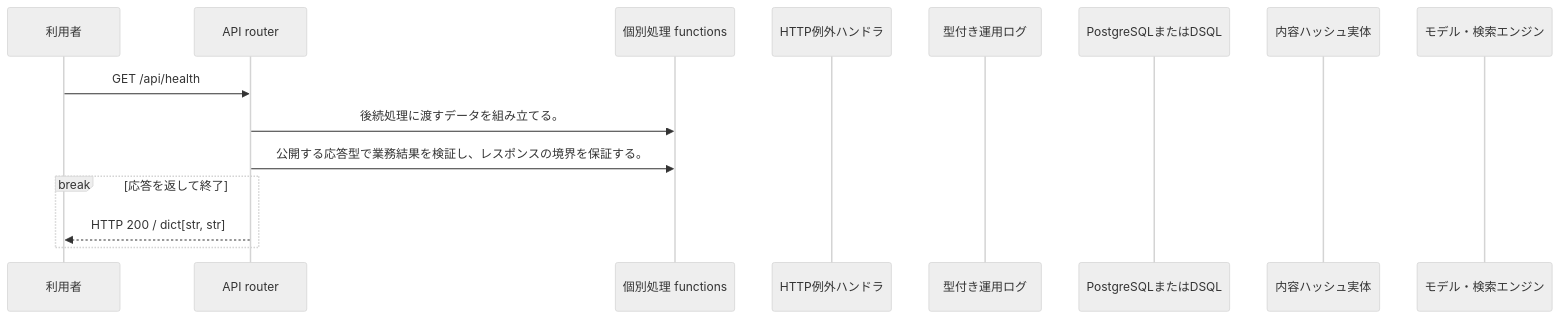
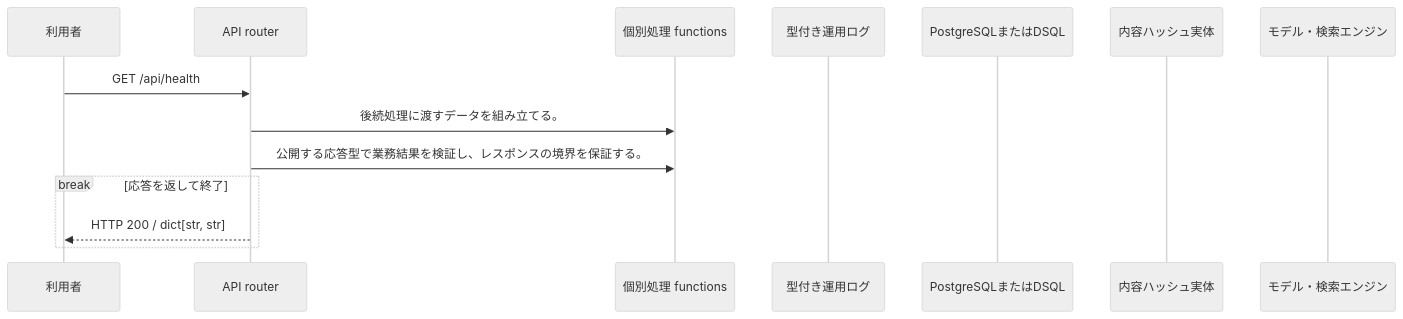
One commit to tsuji-tomonori/KotoRelay changed the diagram in docs/design/generated/api/health/health/sequence.md. Above: the diagram before and after it, drawn with Mermaid (neutral theme). The commit also changed other lines of this file and 211 other files, not shown here.

````diff
--- a/docs/design/generated/api/health/health/sequence.md
+++ b/docs/design/generated/api/health/health/sequence.md
@@ -7,17 +7,16 @@
 ```mermaid
 sequenceDiagram
     participant U as 利用者
     participant A as API router
     participant F as 個別処理 functions
-    participant E as HTTP例外ハンドラ
     participant L as 型付き運用ログ
     participant D as PostgreSQLまたはDSQL
     participant S as 内容ハッシュ実体
     participant M as モデル・検索エンジン
     U->>A: GET /api/health
     A->>F: 後続処理に渡すデータを組み立てる。
     A->>F: 公開する応答型で業務結果を検証し、レスポンスの境界を保証する。
     break 応答を返して終了
     A-->>U: HTTP 200 / dict[str, str]
     end
 ```
````
